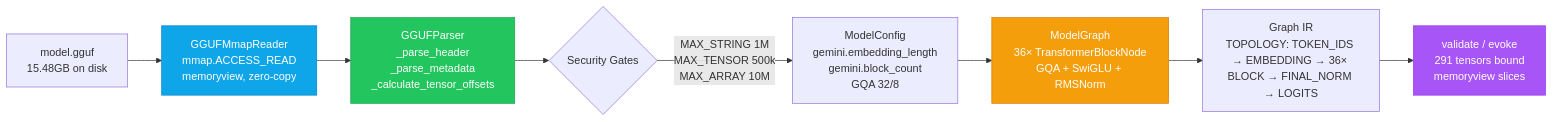
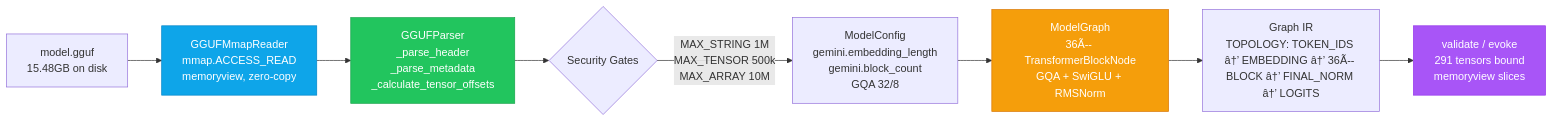
The first of 2 diagrams in README.md (SNAPKITTYWEST/sovereign-gemini-gguf), drawn with Mermaid before and after one commit. The commit also changed other lines of this file, not shown here.

````diff
--- a/README.md
+++ b/README.md
@@ -31,15 +31,15 @@
 ```mermaid
 flowchart LR
     A[model.gguf<br/>15.48GB on disk] --> B[GGUFMmapReader<br/>mmap.ACCESS_READ<br/>memoryview, zero-copy]
     B --> C[GGUFParser<br/>_parse_header<br/>_parse_metadata<br/>_calculate_tensor_offsets]
     C --> D{Security Gates}
     D -->|MAX_STRING 1M<br/>MAX_TENSOR 500k<br/>MAX_ARRAY 10M| E[ModelConfig<br/>gemini.embedding_length<br/>gemini.block_count<br/>GQA 32/8]
-    E --> F[ModelGraph<br/>36× TransformerBlockNode<br/>GQA + SwiGLU + RMSNorm]
-    F --> G[Graph IR<br/>TOPOLOGY: TOKEN_IDS → EMBEDDING → 36× BLOCK → FINAL_NORM → LOGITS]
+    E --> F[ModelGraph<br/>36Ã-- TransformerBlockNode<br/>GQA + SwiGLU + RMSNorm]
+    F --> G[Graph IR<br/>TOPOLOGY: TOKEN_IDS â†’ EMBEDDING â†’ 36Ã-- BLOCK â†’ FINAL_NORM â†’ LOGITS]
     G --> H[validate / evoke<br/>291 tensors bound<br/>memoryview slices]
 
     style B fill:#0ea5e9,stroke:#0284c7,color:#fff
     style C fill:#22c55e,stroke:#16a34a,color:#fff
     style F fill:#f59e0b,stroke:#d97706,color:#fff
     style H fill:#a855f7,stroke:#9333ea,color:#fff
 ```
````
